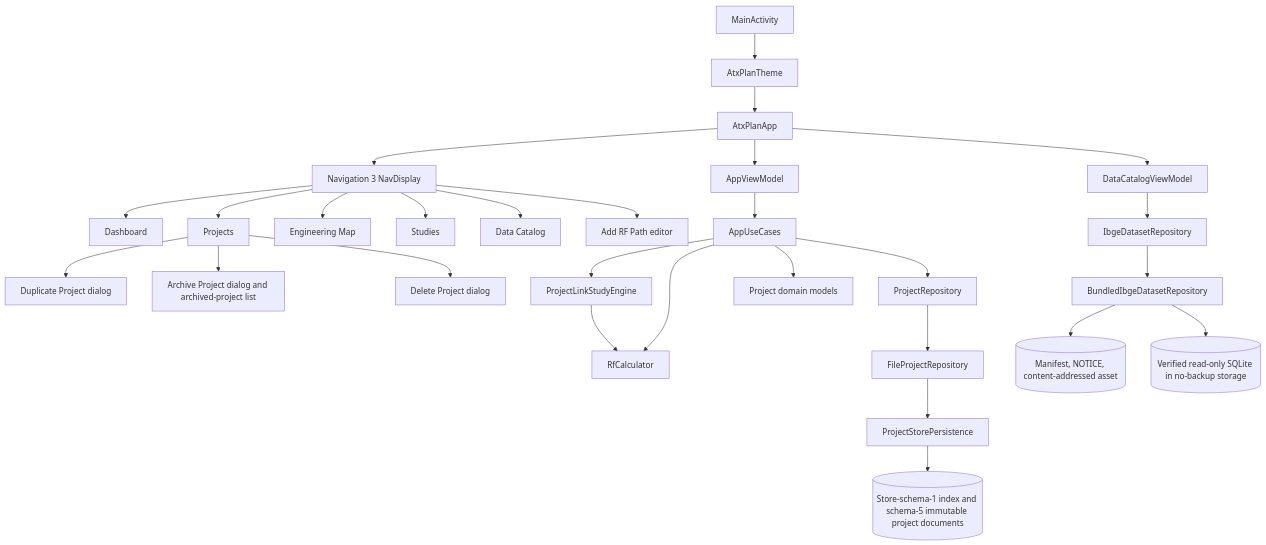
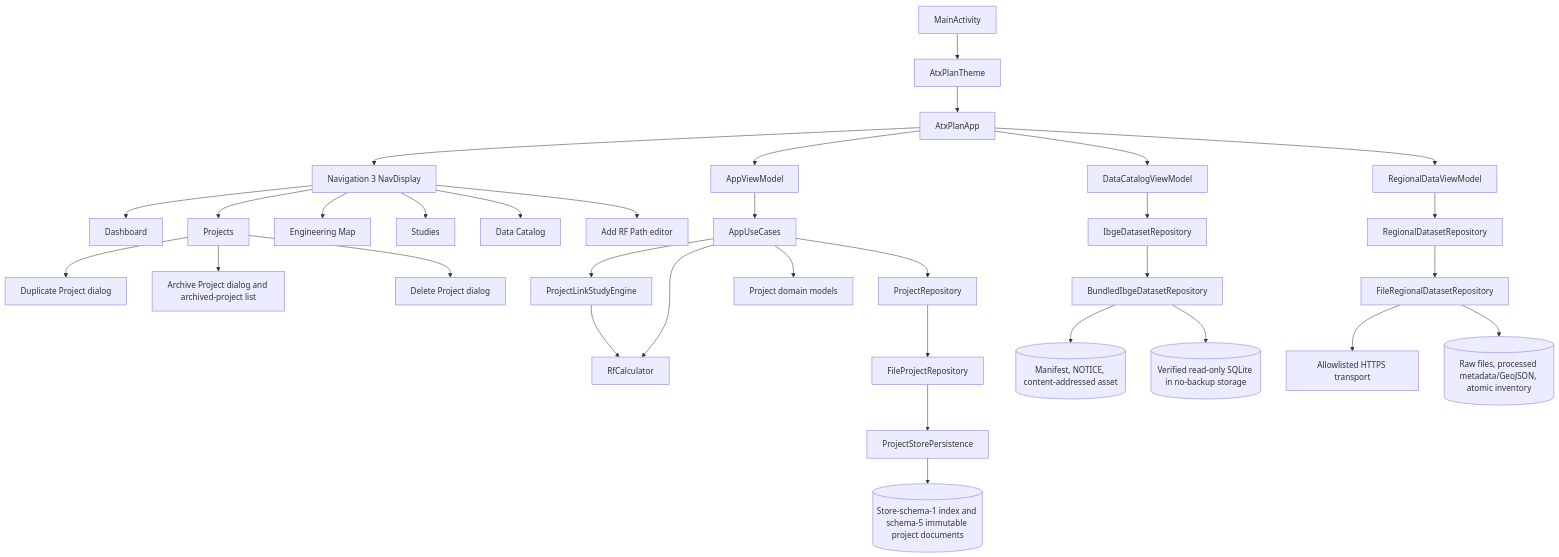
Before and after one commit to Gecesars/ATX_PLA_APK: the first of 4 diagrams in docs/ARCHITECTURE.md, drawn with Mermaid. The commit also changed other lines of this file and 33 other files, not shown here.

Commit message:
feat: add regional data acquisition and durable jobs

````diff
--- a/docs/ARCHITECTURE.md
+++ b/docs/ARCHITECTURE.md
@@ -25,30 +25,35 @@
 ```mermaid
 flowchart TD
     ACT[MainActivity] --> THEME[AtxPlanTheme]
     THEME --> APP[AtxPlanApp]
     APP --> VM[AppViewModel]
     APP --> DVM[DataCatalogViewModel]
+    APP --> RVM[RegionalDataViewModel]
     APP --> NAV[Navigation 3 NavDisplay]
     NAV --> DASH[Dashboard]
     NAV --> PROJECTS[Projects]
     NAV --> MAP[Engineering Map]
     NAV --> STUDIES[Studies]
     NAV --> CATALOG[Data Catalog]
     NAV --> EDITOR[Add RF Path editor]
     PROJECTS --> DUPLICATE[Duplicate Project dialog]
     PROJECTS --> ARCHIVE[Archive Project dialog and archived-project list]
     PROJECTS --> DELETE[Delete Project dialog]
     VM --> USE[AppUseCases]
     USE --> PORT[ProjectRepository]
     USE --> LINK[ProjectLinkStudyEngine]
     LINK --> RF[RfCalculator]
     USE --> RF
     USE --> DOMAIN[Project domain models]
     PORT --> FILE[FileProjectRepository]
     FILE --> PERSIST[ProjectStorePersistence]
     PERSIST --> JSON[(Store-schema-1 index and schema-5 immutable project documents)]
     DVM --> IPORT[IbgeDatasetRepository]
     IPORT --> IREPO[BundledIbgeDatasetRepository]
     IREPO --> IASSET[(Manifest, NOTICE, content-addressed asset)]
     IREPO --> IDB[(Verified read-only SQLite in no-backup storage)]
+    RVM --> RPORT[RegionalDatasetRepository]
+    RPORT --> RREPO[FileRegionalDatasetRepository]
+    RREPO --> RHTTP[Allowlisted HTTPS transport]
+    RREPO --> RCACHE[(Raw files, processed metadata/GeoJSON, atomic inventory)]
 ```
````
